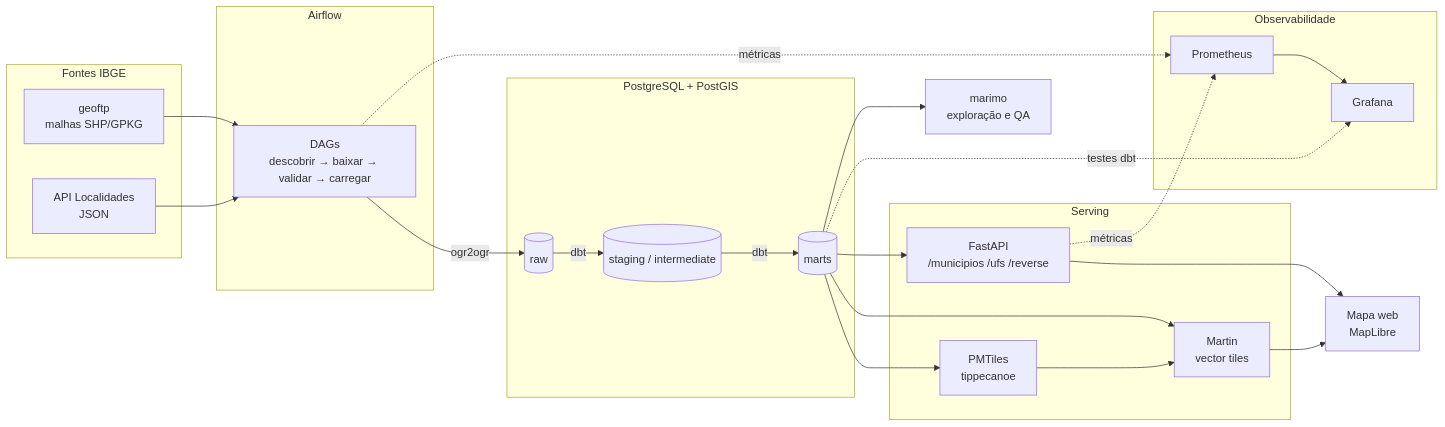
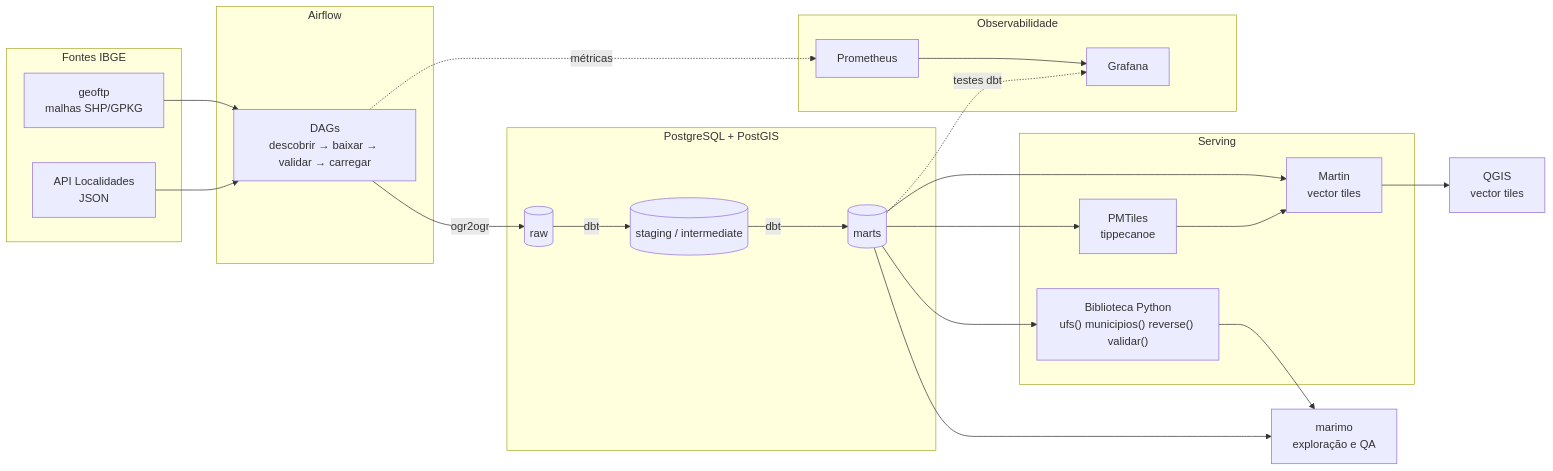
One commit to bernardogoltz/brasilmapas changed the first of 2 diagrams in README.md. Above: the diagram before and after it, drawn with Mermaid. The commit also changed other lines of this file and 12 other files, not shown here.

````diff
--- a/README.md
+++ b/README.md
@@ -26,48 +37,47 @@
 ```mermaid
 flowchart LR
     subgraph fontes["Fontes IBGE"]
         ftp["geoftp<br/>malhas SHP/GPKG"]
         loc["API Localidades<br/>JSON"]
     end
 
     subgraph orq["Airflow"]
         dags["DAGs<br/>descobrir → baixar → validar → carregar"]
     end
 
     subgraph pg["PostgreSQL + PostGIS"]
         raw[("raw")]
         stg[("staging / intermediate")]
         marts[("marts")]
     end
 
     subgraph serving["Serving"]
-        api["FastAPI<br/>/municipios /ufs /reverse"]
+        lib["Biblioteca Python<br/>ufs() municipios() reverse() validar()"]
         pmtiles["PMTiles<br/>tippecanoe"]
         martin["Martin<br/>vector tiles"]
     end
 
     subgraph obs["Observabilidade"]
         prom["Prometheus"]
         grafana["Grafana"]
     end
 
     marimo["marimo<br/>exploração e QA"]
-    mapa["Mapa web<br/>MapLibre"]
+    qgis["QGIS<br/>vector tiles"]
 
     ftp --> dags
     loc --> dags
     dags -->|ogr2ogr| raw
     raw -->|dbt| stg
     stg -->|dbt| marts
-    marts --> api
+    marts --> lib
     marts --> martin
     marts --> pmtiles
     pmtiles --> martin
-    api --> mapa
-    martin --> mapa
+    lib --> marimo
+    martin --> qgis
     marts --> marimo
     dags -.->|métricas| prom
-    api -.->|métricas| prom
     prom --> grafana
     marts -.->|testes dbt| grafana
 ```
````
